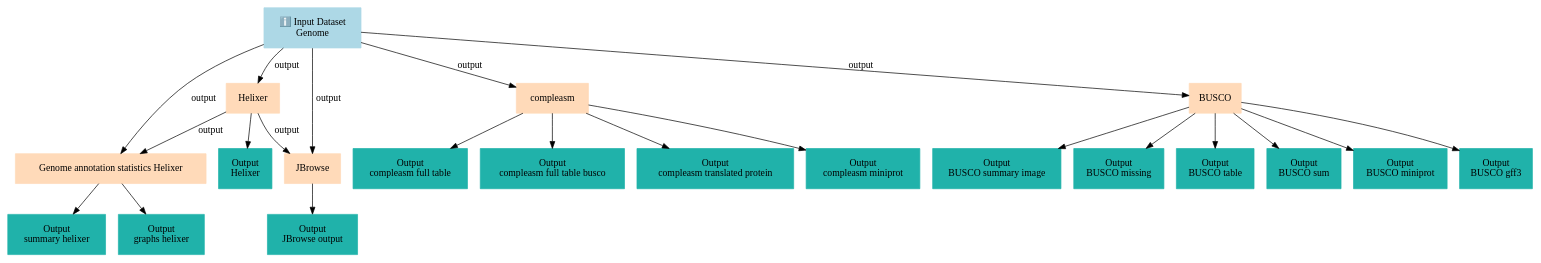
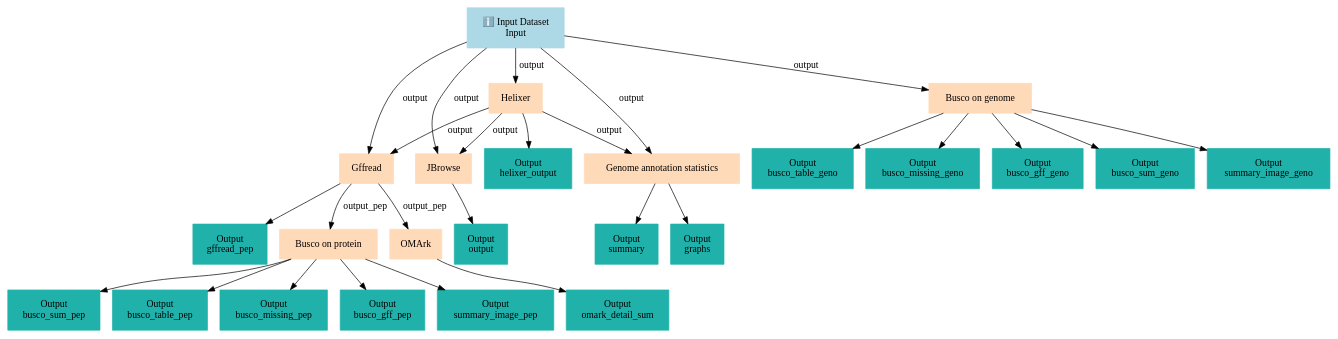
The diagram in api/workflows/genome-annotation/helixer/helixer/graph.dot (galaxyproject/training-material), drawn with Graphviz before and after one commit. The commit also changed 8877 other files, not shown here.

```diff
--- a/api/workflows/genome-annotation/helixer/helixer/graph.dot
+++ b/api/workflows/genome-annotation/helixer/helixer/graph.dot
@@ -1,45 +1,54 @@
 digraph main {
   node [fontname="Atkinson Hyperlegible", shape=box, color=white,style=filled,color=peachpuff,margin="0.2,0.2"];
   edge [fontname="Atkinson Hyperlegible"];
-  0[color=lightblue,label="ℹ️ Input Dataset\nGenome"]
+  0[color=lightblue,label="ℹ️ Input Dataset\nInput"]
   1[label="Helixer"]
   0 -> 1 [label="output"]
-  k9ebeb90d1528494ca88d50f28836d7c7[color=lightseagreen,label="Output\nHelixer"]
-  1 -> k9ebeb90d1528494ca88d50f28836d7c7
-  2[label="compleasm"]
+  kfe43bcd65f994fd3b1842d6bfb340030[color=lightseagreen,label="Output\nhelixer_output"]
+  1 -> kfe43bcd65f994fd3b1842d6bfb340030
+  2[label="Busco on genome"]
   0 -> 2 [label="output"]
-  ke0d3aa0bd18b41afa6fc28a8688fe9a5[color=lightseagreen,label="Output\ncompleasm miniprot"]
-  2 -> ke0d3aa0bd18b41afa6fc28a8688fe9a5
-  k93b908a5e39f4cfb84c3edf4ab8b71cf[color=lightseagreen,label="Output\ncompleasm full table"]
-  2 -> k93b908a5e39f4cfb84c3edf4ab8b71cf
-  k7c9cb7e2dfac4aa1b87df6a2eb7e21a5[color=lightseagreen,label="Output\ncompleasm full table busco"]
-  2 -> k7c9cb7e2dfac4aa1b87df6a2eb7e21a5
-  k9215afe64aad4d43a3a1c2c5ab0ea1e2[color=lightseagreen,label="Output\ncompleasm translated protein"]
-  2 -> k9215afe64aad4d43a3a1c2c5ab0ea1e2
-  3[label="BUSCO"]
+  kd039ef78640f4f7db44969fac1a25130[color=lightseagreen,label="Output\nbusco_missing_geno"]
+  2 -> kd039ef78640f4f7db44969fac1a25130
+  k961890cc7a33422aab09b787e3592dd1[color=lightseagreen,label="Output\nbusco_gff_geno"]
+  2 -> k961890cc7a33422aab09b787e3592dd1
+  kbf09f09ab40345179a1aacece8f36735[color=lightseagreen,label="Output\nbusco_sum_geno"]
+  2 -> kbf09f09ab40345179a1aacece8f36735
+  k3232c3863c314989ac7602722ea2d79b[color=lightseagreen,label="Output\nsummary_image_geno"]
+  2 -> k3232c3863c314989ac7602722ea2d79b
+  k5cbbd77af5214ee6b990a494b7671534[color=lightseagreen,label="Output\nbusco_table_geno"]
+  2 -> k5cbbd77af5214ee6b990a494b7671534
+  3[label="Gffread"]
+  1 -> 3 [label="output"]
   0 -> 3 [label="output"]
-  k703a797f428b4c41984f1283bb8eecaa[color=lightseagreen,label="Output\nBUSCO sum"]
-  3 -> k703a797f428b4c41984f1283bb8eecaa
-  ke3879637613a45cf90a03eecab2e0981[color=lightseagreen,label="Output\nBUSCO miniprot"]
-  3 -> ke3879637613a45cf90a03eecab2e0981
-  kacbfdee0cafd46e881e98a1fd22ee758[color=lightseagreen,label="Output\nBUSCO gff3"]
-  3 -> kacbfdee0cafd46e881e98a1fd22ee758
-  k5574f029f31d4d20a8474d1818f95707[color=lightseagreen,label="Output\nBUSCO summary image"]
-  3 -> k5574f029f31d4d20a8474d1818f95707
-  kb19bfb5f901f4568a46153bfc980bdcc[color=lightseagreen,label="Output\nBUSCO missing"]
-  3 -> kb19bfb5f901f4568a46153bfc980bdcc
-  k0ba757ff6c1b496ba288335369058923[color=lightseagreen,label="Output\nBUSCO table"]
-  3 -> k0ba757ff6c1b496ba288335369058923
-  4[label="Genome annotation statistics Helixer"]
+  kaa178118cd37495b9e81e2e53ebf27fd[color=lightseagreen,label="Output\ngffread_pep"]
+  3 -> kaa178118cd37495b9e81e2e53ebf27fd
+  4[label="Genome annotation statistics"]
   1 -> 4 [label="output"]
   0 -> 4 [label="output"]
-  ka445f12b685d47afb40790fa7ea935b1[color=lightseagreen,label="Output\ngraphs helixer"]
-  4 -> ka445f12b685d47afb40790fa7ea935b1
-  k8eae8a88c73d42dcad0d62d2f1d29c6a[color=lightseagreen,label="Output\nsummary helixer"]
-  4 -> k8eae8a88c73d42dcad0d62d2f1d29c6a
+  kfb8ed4c94b554547880d1916a91f8a6e[color=lightseagreen,label="Output\nsummary"]
+  4 -> kfb8ed4c94b554547880d1916a91f8a6e
+  k4638cc23fdb64e829cdfc9fe38e76bd7[color=lightseagreen,label="Output\ngraphs"]
+  4 -> k4638cc23fdb64e829cdfc9fe38e76bd7
   5[label="JBrowse"]
   0 -> 5 [label="output"]
   1 -> 5 [label="output"]
-  k2bac35a7837942699769e0e0c541f4a3[color=lightseagreen,label="Output\nJBrowse output"]
-  5 -> k2bac35a7837942699769e0e0c541f4a3
+  k199768969df145e49c9689e24ae6e596[color=lightseagreen,label="Output\noutput"]
+  5 -> k199768969df145e49c9689e24ae6e596
+  6[label="Busco on protein"]
+  3 -> 6 [label="output_pep"]
+  k1db166fb10c24823a80c9f22c7c15576[color=lightseagreen,label="Output\nbusco_gff_pep"]
+  6 -> k1db166fb10c24823a80c9f22c7c15576
+  k13c6bee4824c4533bc78c99ddf0b190d[color=lightseagreen,label="Output\nsummary_image_pep"]
+  6 -> k13c6bee4824c4533bc78c99ddf0b190d
+  kf44047d9e71341d9a9f95543f0371d9d[color=lightseagreen,label="Output\nbusco_sum_pep"]
+  6 -> kf44047d9e71341d9a9f95543f0371d9d
+  k1a113d6ca167432b8200dfb3aedc4ba1[color=lightseagreen,label="Output\nbusco_table_pep"]
+  6 -> k1a113d6ca167432b8200dfb3aedc4ba1
+  kdc2d4533d9c24cb0a144184e90fd4e01[color=lightseagreen,label="Output\nbusco_missing_pep"]
+  6 -> kdc2d4533d9c24cb0a144184e90fd4e01
+  7[label="OMArk"]
+  3 -> 7 [label="output_pep"]
+  kde489b9c880847d493847617c33a9d34[color=lightseagreen,label="Output\nomark_detail_sum"]
+  7 -> kde489b9c880847d493847617c33a9d34
 }
```
